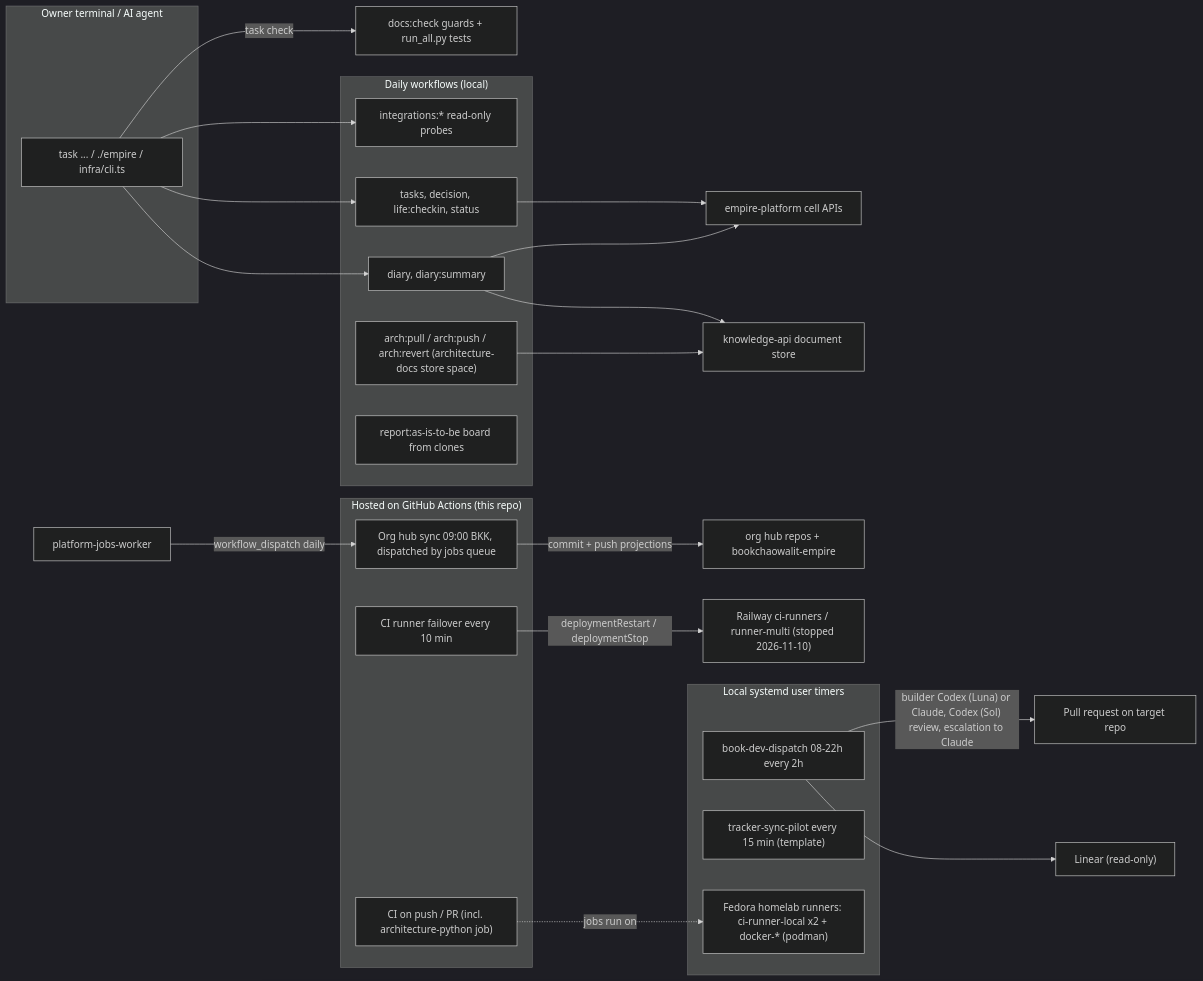
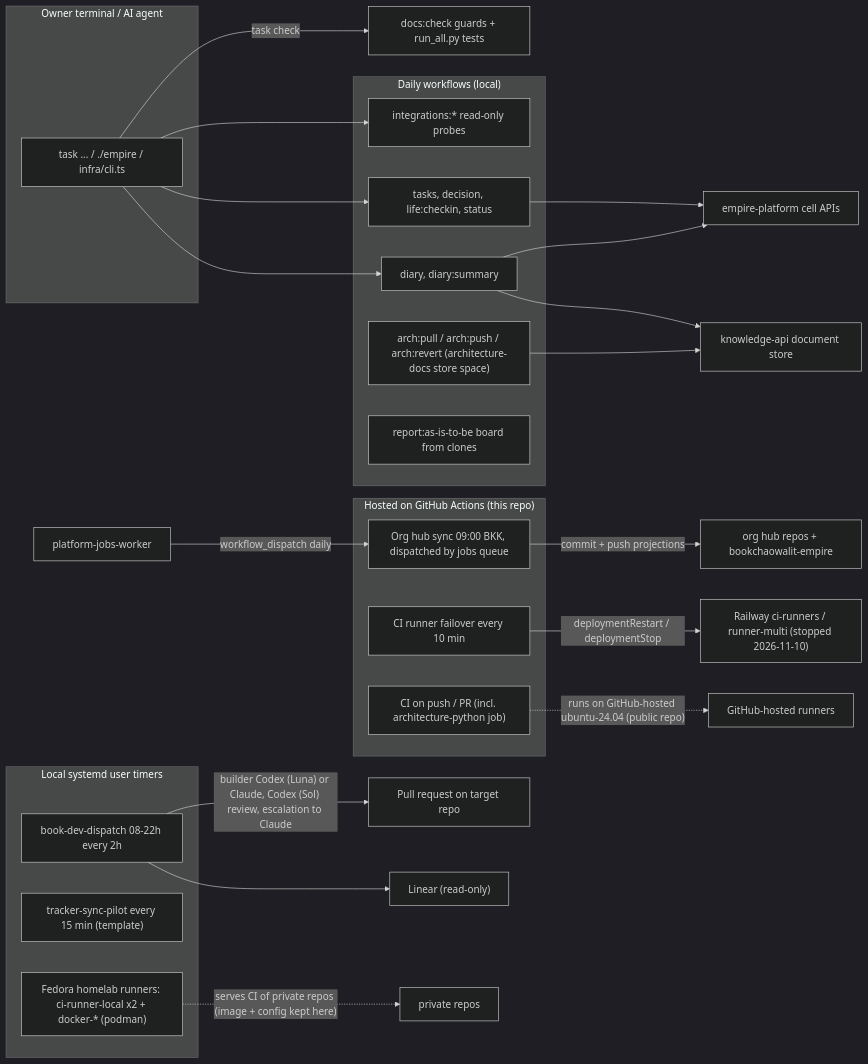
The first of 2 diagrams in docs/diagrams/01-business-process.md (bookchaowalit/platform-ops-cli), drawn with Mermaid (dark theme) before and after one commit. The commit also changed other lines of this file and 2 other files, not shown here.

Commit message:
fix(report): mermaid 12.3.0 fallback, atomic owner-only writes, flag unknown statuses and duplicate gap IDs
- fallback renderer moves off mermaid 10.9.1 (GHSA-ghcm-xqfw-q4vr, GHSA-m4gq-x24j-jpmf); SRI checked locally
- reports are written to a fresh 0600 temp file and swapped in with os.replace
- a written text To-Be no longer needs a decide gap; only 'ไม่มี To-Be' does
- unknown gap statuses and duplicate IDs are problems (still not counted as progress)
- As-Is: this repo's CI is GitHub-hosted; the Fedora runners serve private repos

````diff
--- a/docs/diagrams/01-business-process.md
+++ b/docs/diagrams/01-business-process.md
@@ -10,43 +10,44 @@
 ```mermaid
 flowchart LR
   subgraph Owner["Owner terminal / AI agent"]
     T["task ... / ./empire / infra/cli.ts"]
   end
   subgraph Daily["Daily workflows (local)"]
     D1["diary, diary:summary"]
     D2["tasks, decision, life:checkin, status"]
     D3["integrations:* read-only probes"]
     D4["arch:pull / arch:push / arch:revert (architecture-docs store space)"]
     D5["report:as-is-to-be board from clones"]
   end
   subgraph Hosted["Hosted on GitHub Actions (this repo)"]
     H1["Org hub sync 09:00 BKK, dispatched by jobs queue"]
     H2["CI runner failover every 10 min"]
     H3["CI on push / PR (incl. architecture-python job)"]
   end
   subgraph Timers["Local systemd user timers"]
     L1["book-dev-dispatch 08-22h every 2h"]
     L2["tracker-sync-pilot every 15 min (template)"]
     L3["Fedora homelab runners: ci-runner-local x2 + docker-* (podman)"]
   end
   Cells["empire-platform cell APIs"]
   KS["knowledge-api document store"]
   Hubs["org hub repos + bookchaowalit-empire"]
   JW["platform-jobs-worker"]
   Rail["Railway ci-runners / runner-multi (stopped 2026-11-10)"]
   Lin["Linear (read-only)"]
   PR["Pull request on target repo"]
 
   T --> D1 & D2 & D3
   D1 --> KS
   D4 --> KS
   D1 --> Cells
   D2 --> Cells
   JW -->|"workflow_dispatch daily"| H1
   H1 -->|"commit + push projections"| Hubs
   H2 -->|"deploymentRestart / deploymentStop"| Rail
   L1 --> Lin
   L1 -->|"builder Codex (Luna) or Claude, Codex (Sol) review, escalation to Claude"| PR
-  H3 -.->|"jobs run on"| L3
+  H3 -.->|"runs on GitHub-hosted ubuntu-24.04 (public repo)"| GH["GitHub-hosted runners"]
+  L3 -.->|"serves CI of private repos (image + config kept here)"| Priv["private repos"]
   T -->|"task check"| Ev["docs:check guards + run_all.py tests"]
 ```
````
